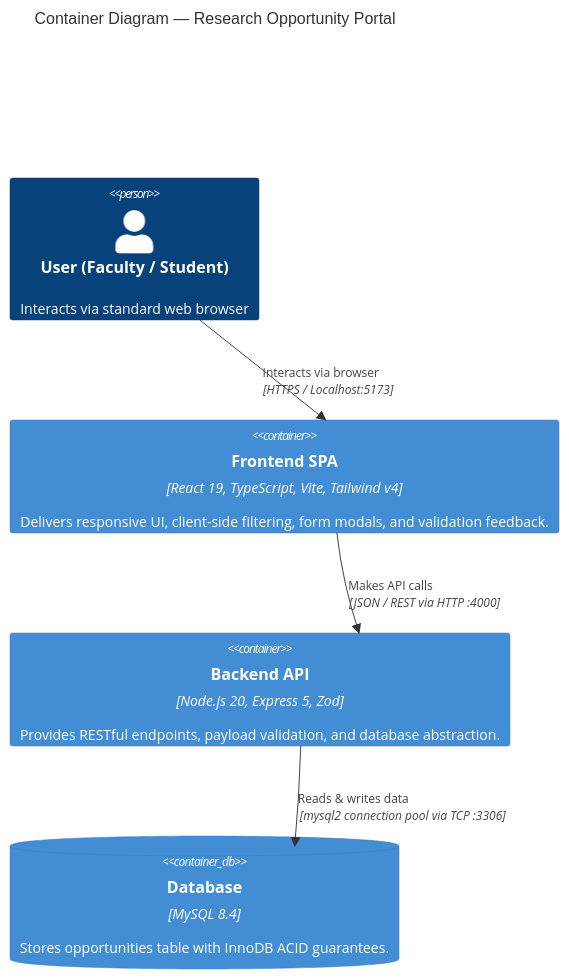
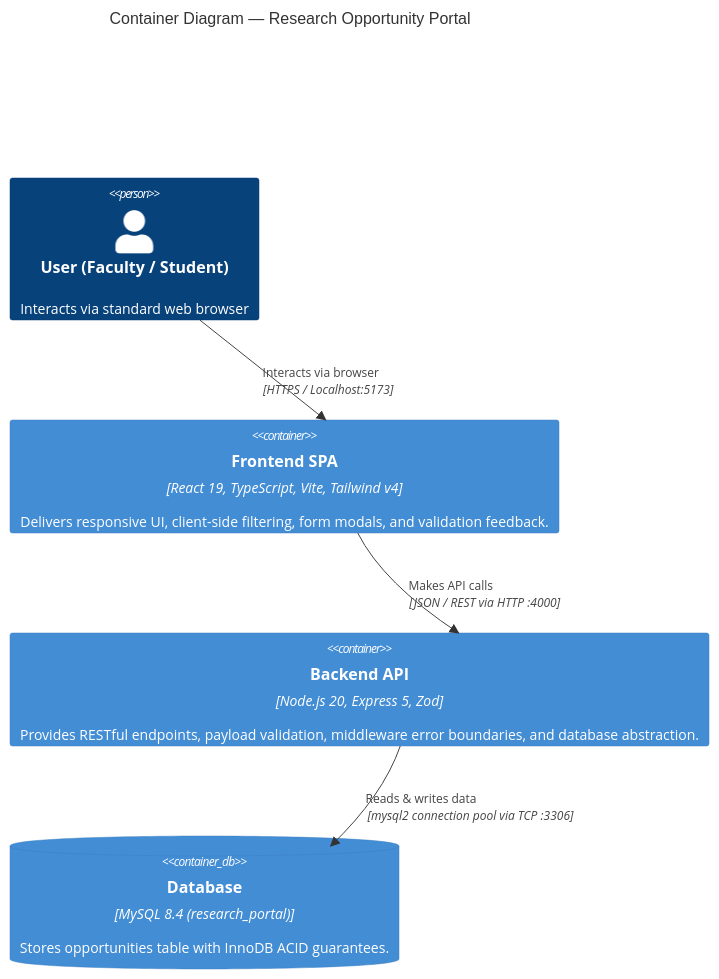
Before and after one commit to abdulmueezdev/research-opportunity-portal: the third of 9 diagrams in docs/ARCHITECTURE.md, drawn with Mermaid. The commit also changed other lines of this file, not shown here.

Commit message:
docs: add detailed architecture diagrams and system flow

````diff
--- a/docs/ARCHITECTURE.md
+++ b/docs/ARCHITECTURE.md
@@ -131,14 +147,14 @@
 ```mermaid
 C4Container
     title Container Diagram — Research Opportunity Portal
 
     Person(user, "User (Faculty / Student)", "Interacts via standard web browser")
 
     Container(frontend, "Frontend SPA", "React 19, TypeScript, Vite, Tailwind v4", "Delivers responsive UI, client-side filtering, form modals, and validation feedback.")
-    Container(backend, "Backend API", "Node.js 20, Express 5, Zod", "Provides RESTful endpoints, payload validation, and database abstraction.")
-    ContainerDb(db, "Database", "MySQL 8.4", "Stores opportunities table with InnoDB ACID guarantees.")
+    Container(backend, "Backend API", "Node.js 20, Express 5, Zod", "Provides RESTful endpoints, payload validation, middleware error boundaries, and database abstraction.")
+    ContainerDb(db, "Database", "MySQL 8.4 (research_portal)", "Stores opportunities table with InnoDB ACID guarantees.")
 
     Rel(user, frontend, "Interacts via browser", "HTTPS / Localhost:5173")
     Rel(frontend, backend, "Makes API calls", "JSON / REST via HTTP :4000")
     Rel(backend, db, "Reads & writes data", "mysql2 connection pool via TCP :3306")
 ```
````
